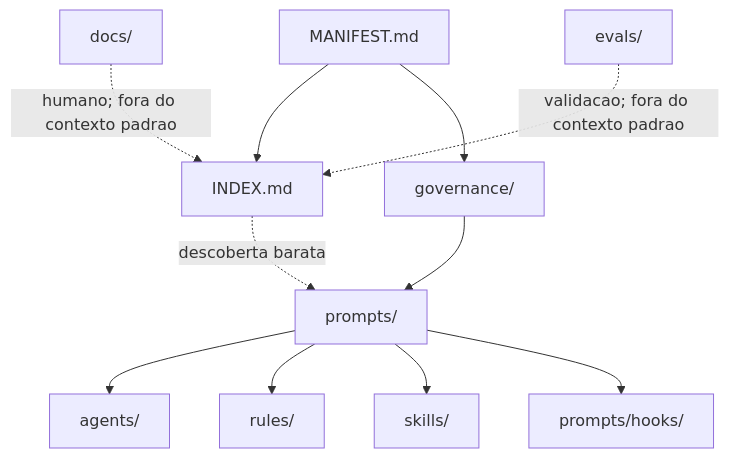
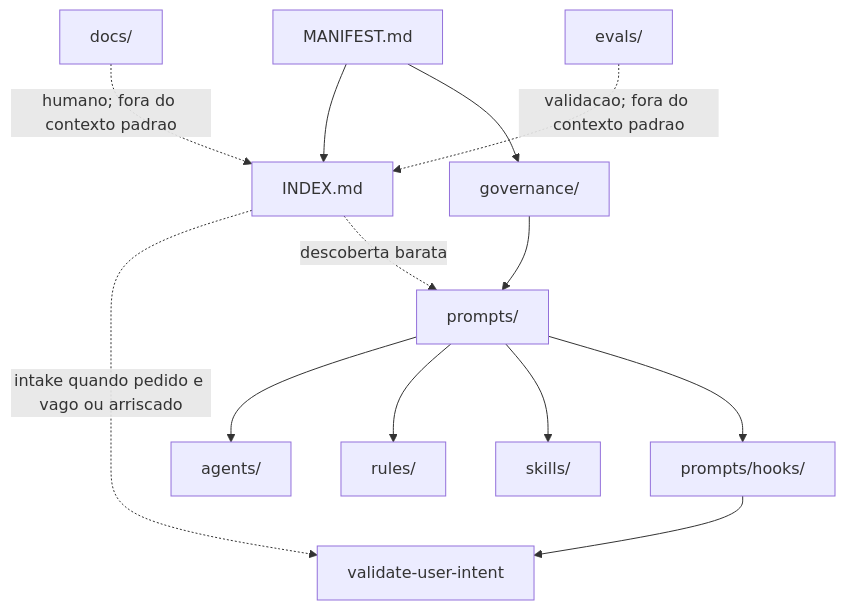
Before and after one commit to moreira-and/agent-ops: the diagram in README.md, drawn with Mermaid. The commit also changed other lines of this file and 18 other files, not shown here.

````diff
--- a/README.md
+++ b/README.md
@@ -35,13 +35,15 @@
 ```mermaid
 flowchart TD
     manifest["MANIFEST.md"] --> index["INDEX.md"]
     manifest --> governance["governance/"]
+    index -. "intake quando pedido e vago ou arriscado" .-> intake["validate-user-intent"]
     index -. "descoberta barata" .-> prompts["prompts/"]
     governance --> prompts
     prompts --> agents["agents/"]
     prompts --> rules["rules/"]
     prompts --> skills["skills/"]
     prompts --> hooks["prompts/hooks/"]
+    hooks --> intake
     docs["docs/"] -. "humano; fora do contexto padrao" .-> index
     evals["evals/"] -. "validacao; fora do contexto padrao" .-> index
 ```
````
